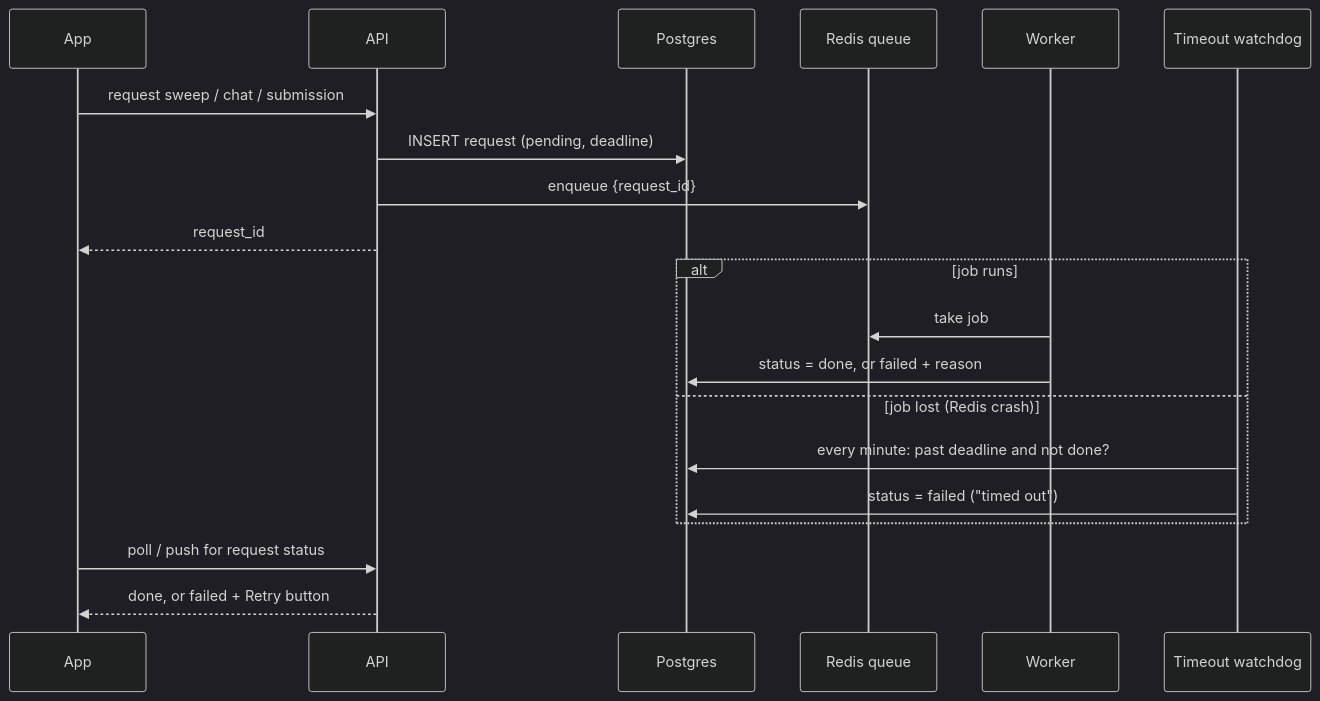
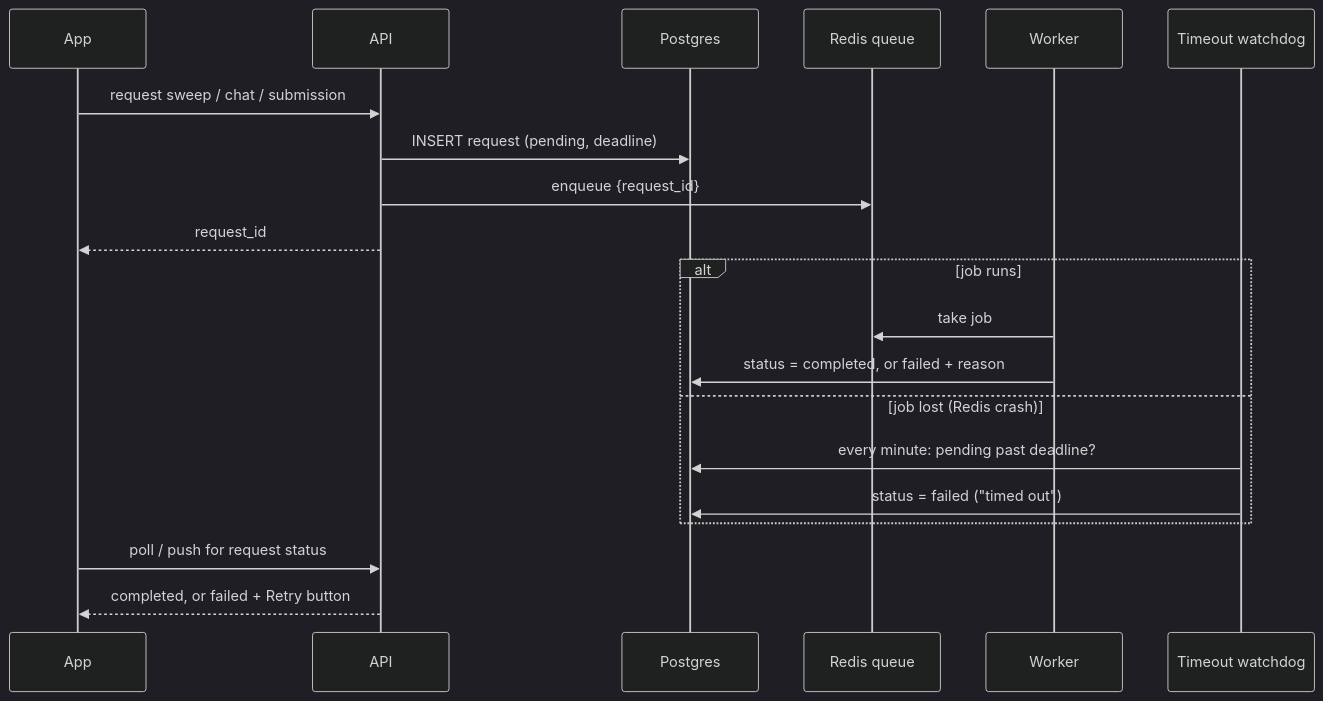
Diagram 12 of 21 in DESIGN_DISCUSSION.md (AbsentLung/TravelApp), drawn with Mermaid (dark theme) before and after one commit. The commit also changed other lines of this file, not shown here.

First line of the commit message:
Show request status on one My requests page for signed-in users

````diff
--- a/DESIGN_DISCUSSION.md
+++ b/DESIGN_DISCUSSION.md
@@ -365,22 +367,22 @@
 ```mermaid
 sequenceDiagram
     participant App
     participant API
     participant PG as Postgres
     participant Q as Redis queue
     participant W as Worker
     participant WD as Timeout watchdog
     App->>API: request sweep / chat / submission
     API->>PG: INSERT request (pending, deadline)
     API->>Q: enqueue {request_id}
     API-->>App: request_id
     alt job runs
         W->>Q: take job
-        W->>PG: status = done, or failed + reason
+        W->>PG: status = completed, or failed + reason
     else job lost (Redis crash)
-        WD->>PG: every minute: past deadline and not done?
+        WD->>PG: every minute: pending past deadline?
         WD->>PG: status = failed ("timed out")
     end
     App->>API: poll / push for request status
-    API-->>App: done, or failed + Retry button
+    API-->>App: completed, or failed + Retry button
 ```
````
